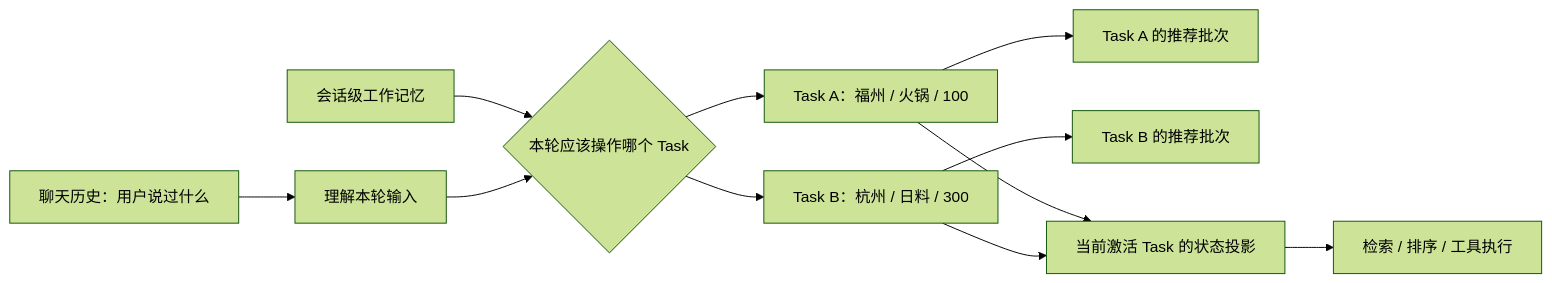
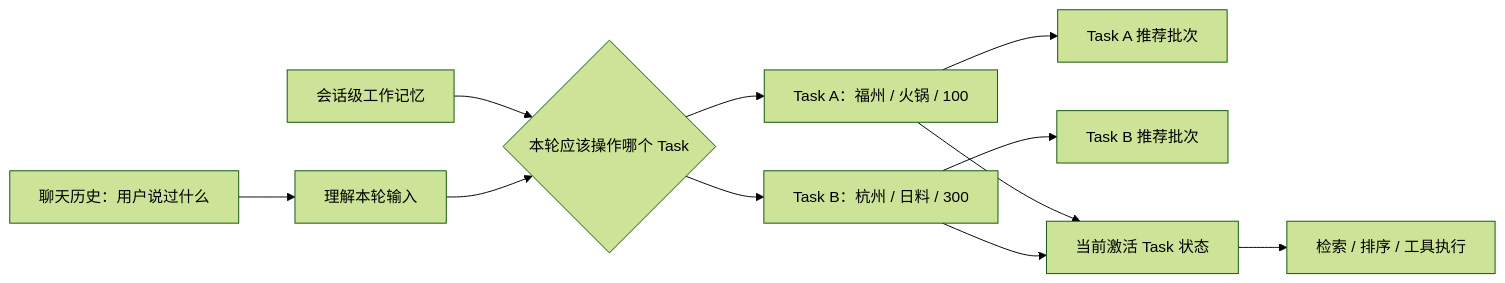
The diagram in doc/01_多轮对话状态与工作记忆——开发故事与面试准备.md (huwuhu6/dp-plus), drawn with Mermaid (forest theme) before and after one commit. The commit also changed other lines of this file, not shown here.

````diff
--- a/doc/01_多轮对话状态与工作记忆——开发故事与面试准备.md
+++ b/doc/01_多轮对话状态与工作记忆——开发故事与面试准备.md
@@ -60,13 +58,13 @@
 ```mermaid
 flowchart LR
     H[聊天历史：用户说过什么] --> U[理解本轮输入]
     WM[会话级工作记忆] --> T{本轮应该操作哪个 Task}
     U --> T
     T --> A[Task A：福州 / 火锅 / 100]
     T --> B[Task B：杭州 / 日料 / 300]
-    A --> RA[Task A 的推荐批次]
-    B --> RB[Task B 的推荐批次]
-    A --> P[当前激活 Task 的状态投影]
+    A --> RA[Task A 推荐批次]
+    B --> RB[Task B 推荐批次]
+    A --> P[当前激活 Task 状态]
     B --> P
     P --> E[检索 / 排序 / 工具执行]
 ```
````
